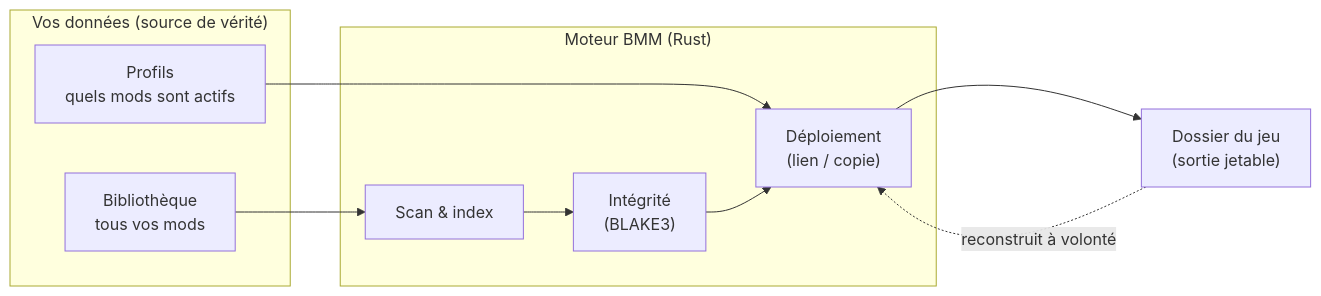
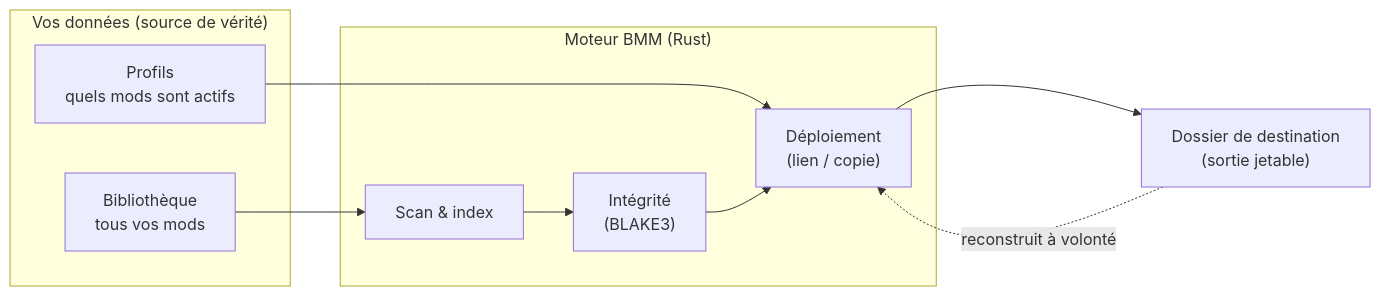
Before and after one commit to FreeProject089/BetterModsManager: the diagram in frontend/assets/docs/fr/how-it-works/index.md, drawn with Mermaid. The commit also changed other lines of this file and 37 other files, not shown here.

````diff
--- a/frontend/assets/docs/fr/how-it-works/index.md
+++ b/frontend/assets/docs/fr/how-it-works/index.md
@@ -18,18 +18,18 @@
 ```mermaid
 flowchart LR
     subgraph Yours["Vos données (source de vérité)"]
         LIB["Bibliothèque<br/>tous vos mods"]
         PROF["Profils<br/>quels mods sont actifs"]
     end
     subgraph Engine["Moteur BMM (Rust)"]
         SCAN["Scan &amp; index"]
         HASH["Intégrité<br/>(BLAKE3)"]
         DEPLOY["Déploiement<br/>(lien / copie)"]
     end
-    GAME["Dossier du jeu<br/>(sortie jetable)"]
+    GAME["Dossier de destination<br/>(sortie jetable)"]
 
     LIB --> SCAN --> HASH
     PROF --> DEPLOY
     HASH --> DEPLOY --> GAME
     GAME -. "reconstruit à volonté" .-> DEPLOY
 ```
````
